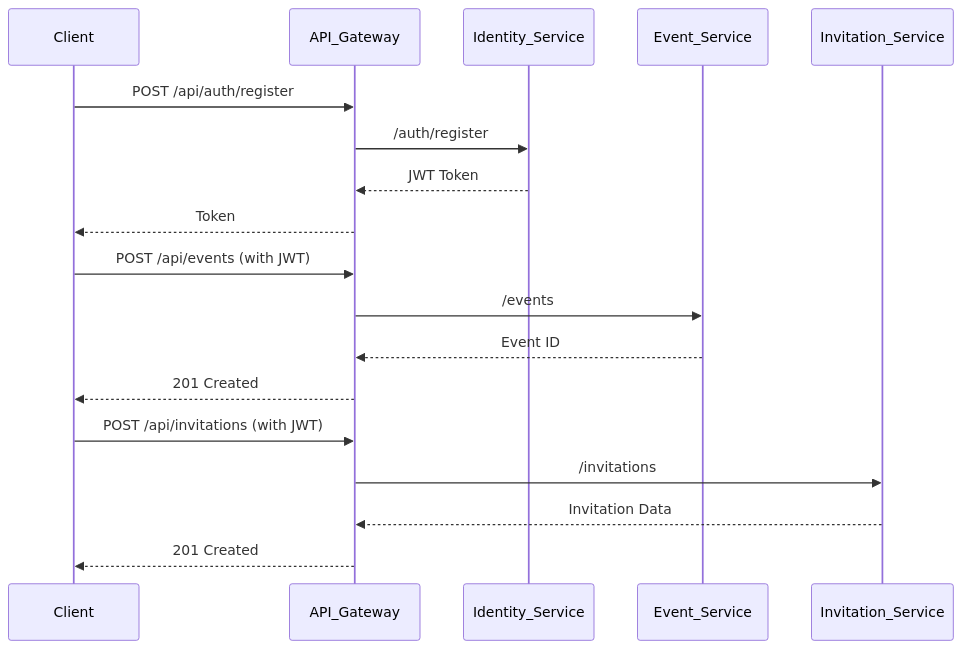
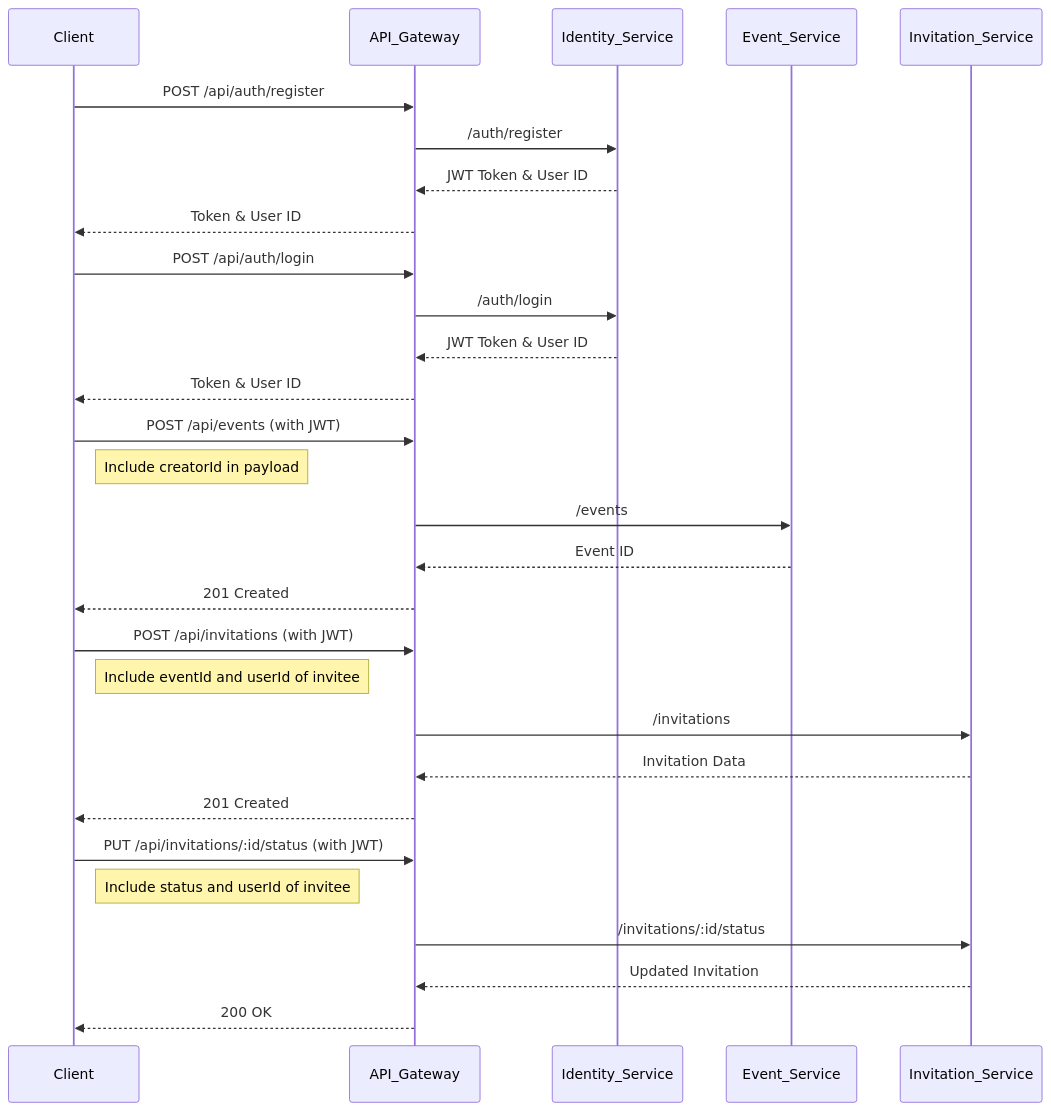
The second of 2 diagrams in README.md (eugenetedkim/olive-table), drawn with Mermaid before and after one commit.

````diff
--- a/README.md
+++ b/README.md
@@ -280,23 +280,41 @@
 ```mermaid
 sequenceDiagram
     participant Client
     participant API_Gateway
     participant Identity_Service
     participant Event_Service
     participant Invitation_Service
 
+    %% User Registration
     Client->>API_Gateway: POST /api/auth/register
     API_Gateway->>Identity_Service: /auth/register
-    Identity_Service-->>API_Gateway: JWT Token
-    API_Gateway-->>Client: Token
+    Identity_Service-->>API_Gateway: JWT Token & User ID
+    API_Gateway-->>Client: Token & User ID
     
+    %% User Login (separate operation, could be done later)
+    Client->>API_Gateway: POST /api/auth/login
+    API_Gateway->>Identity_Service: /auth/login
+    Identity_Service-->>API_Gateway: JWT Token & User ID
+    API_Gateway-->>Client: Token & User ID
+    
+    %% Event Creation (requires authentication)
     Client->>API_Gateway: POST /api/events (with JWT)
+    Note right of Client: Include creatorId in payload
     API_Gateway->>Event_Service: /events
     Event_Service-->>API_Gateway: Event ID
     API_Gateway-->>Client: 201 Created
     
+    %% Send Invitation (requires authentication)
     Client->>API_Gateway: POST /api/invitations (with JWT)
+    Note right of Client: Include eventId and userId of invitee
     API_Gateway->>Invitation_Service: /invitations
     Invitation_Service-->>API_Gateway: Invitation Data
     API_Gateway-->>Client: 201 Created
+    
+    %% Update RSVP Status (requires authentication)
+    Client->>API_Gateway: PUT /api/invitations/:id/status (with JWT)
+    Note right of Client: Include status and userId of invitee
+    API_Gateway->>Invitation_Service: /invitations/:id/status
+    Invitation_Service-->>API_Gateway: Updated Invitation
+    API_Gateway-->>Client: 200 OK
 ```
````
